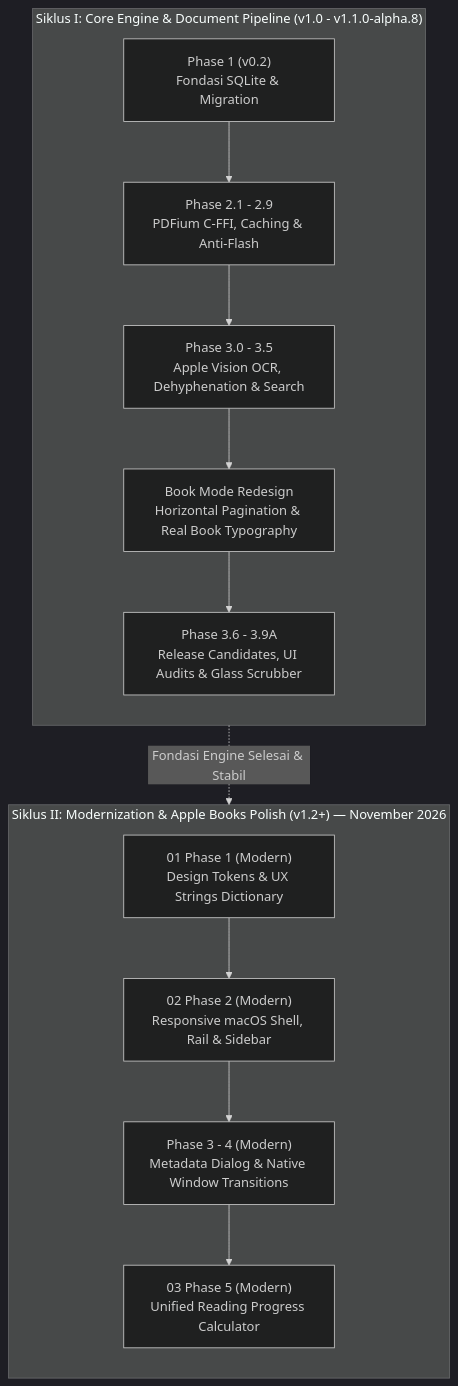
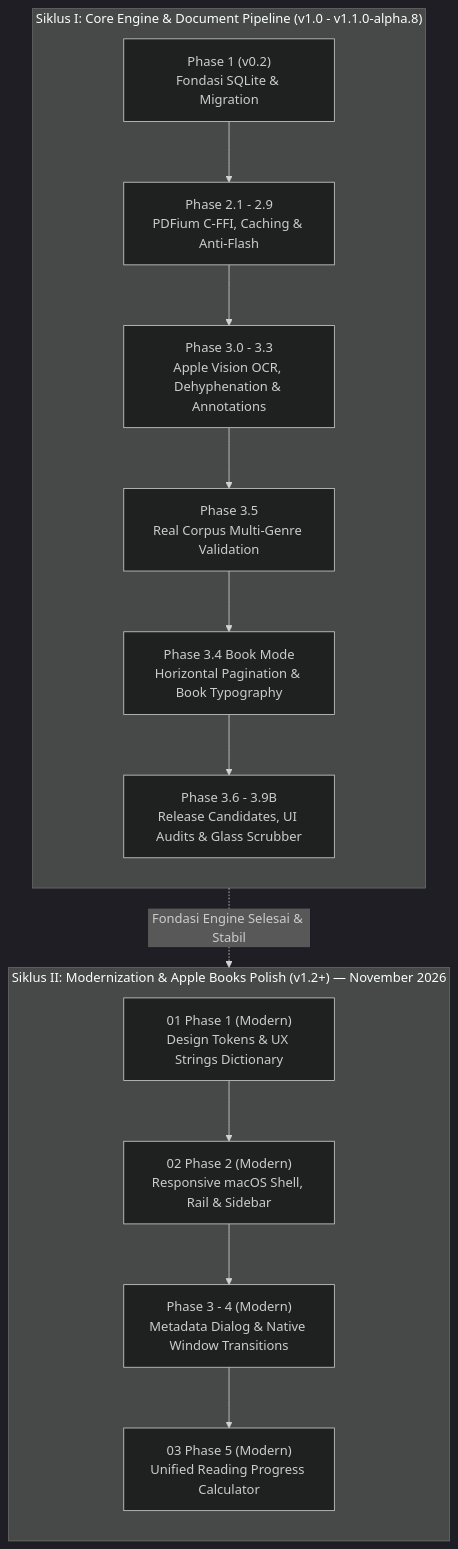
The diagram in docs/README.md (davindalana/Digital-Books), drawn with Mermaid (dark theme) before and after one commit. The commit also changed other lines of this file and 88 other files, not shown here.

````diff
--- a/docs/README.md
+++ b/docs/README.md
@@ -11,19 +11,20 @@
 ```mermaid
 flowchart TD
     subgraph S1["Siklus I: Core Engine & Document Pipeline (v1.0 - v1.1.0-alpha.8)"]
         direction TB
         P1_OLD["Phase 1 (v0.2)<br/>Fondasi SQLite & Migration"] --> P2_OLD["Phase 2.1 - 2.9<br/>PDFium C-FFI, Caching & Anti-Flash"]
-        P2_OLD --> P3_OLD["Phase 3.0 - 3.5<br/>Apple Vision OCR, Dehyphenation & Search"]
-        P3_OLD --> P3_BM["Book Mode Redesign<br/>Horizontal Pagination & Real Book Typography"]
-        P3_BM --> P3_REL["Phase 3.6 - 3.9A<br/>Release Candidates, UI Audits & Glass Scrubber"]
+        P2_OLD --> P3_OLD["Phase 3.0 - 3.3<br/>Apple Vision OCR, Dehyphenation & Annotations"]
+        P3_OLD --> P3_5["Phase 3.5<br/>Real Corpus Multi-Genre Validation"]
+        P3_5 --> P3_4["Phase 3.4 Book Mode<br/>Horizontal Pagination & Book Typography"]
+        P3_4 --> P3_REL["Phase 3.6 - 3.9B<br/>Release Candidates, UI Audits & Glass Scrubber"]
     end
 
     subgraph S2["Siklus II: Modernization & Apple Books Polish (v1.2+) — November 2026"]
         direction TB
         P1_NEW["01 Phase 1 (Modern)<br/>Design Tokens & UX Strings Dictionary"] --> P2_NEW["02 Phase 2 (Modern)<br/>Responsive macOS Shell, Rail & Sidebar"]
         P2_NEW --> P3_NEW["Phase 3 - 4 (Modern)<br/>Metadata Dialog & Native Window Transitions"]
         P3_NEW --> P5_NEW["03 Phase 5 (Modern)<br/>Unified Reading Progress Calculator"]
     end
 
     S1 -.->|"Fondasi Engine Selesai & Stabil"| S2
 ```
````
